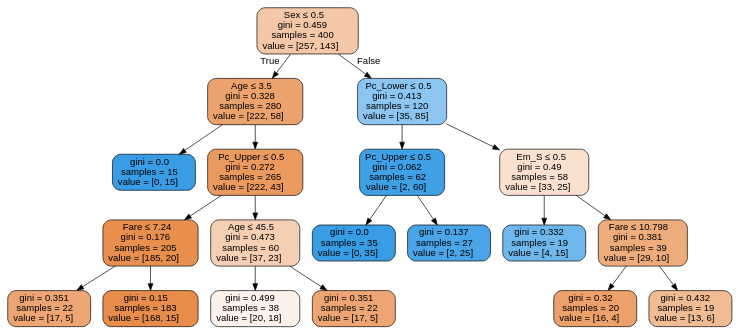
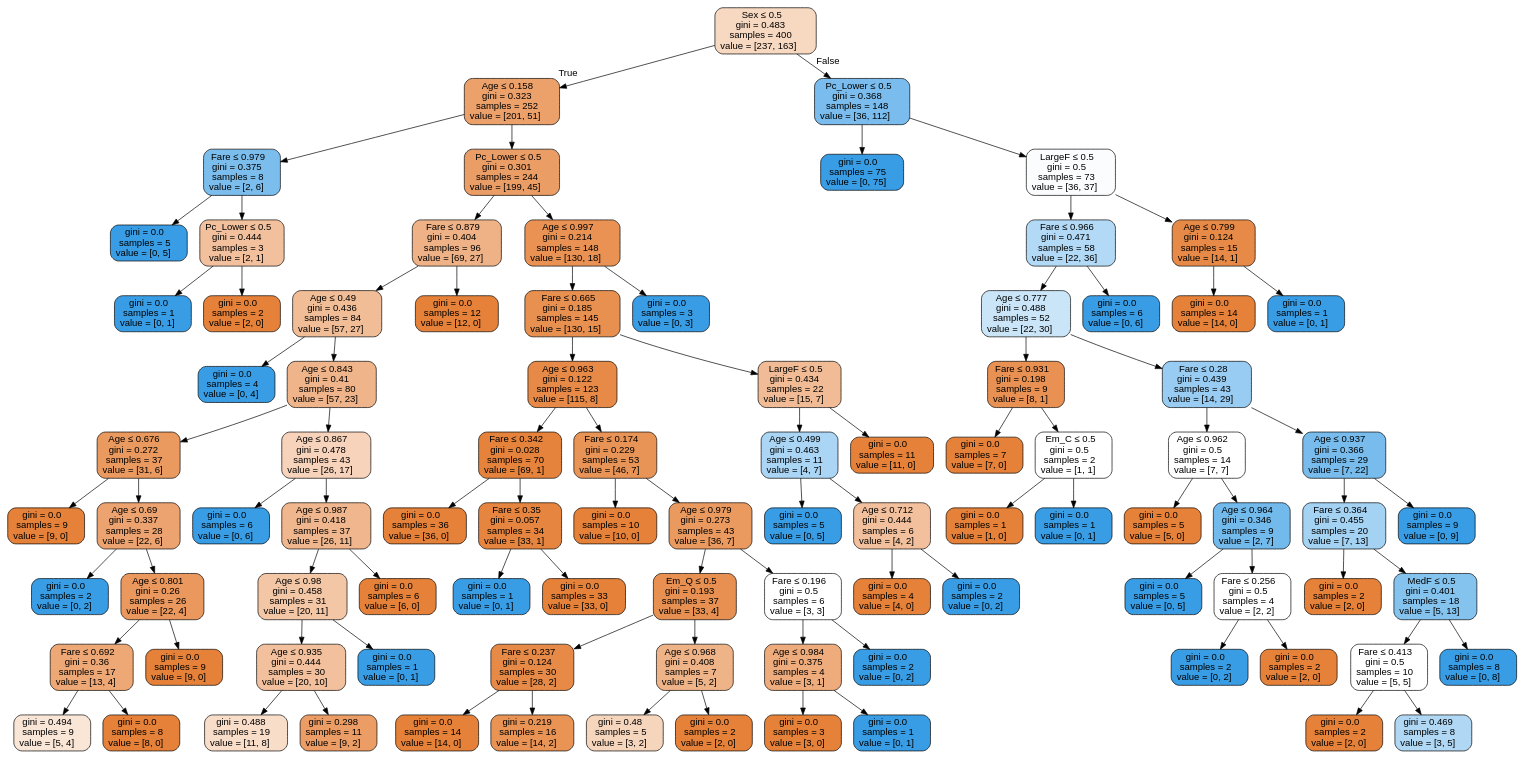
One commit to RebecaCarrera/StatisticalLearningI2020 changed the diagram in Proyecto/modelos/modelo_arbol.dot. Above: the diagram before and after it, drawn with Graphviz. The commit also changed 17 other files, not shown here.

```diff
--- a/Proyecto/modelos/modelo_arbol.dot
+++ b/Proyecto/modelos/modelo_arbol.dot
@@ -1,41 +1,189 @@
 digraph Tree {
 node [shape=box, style="filled, rounded", color="black", fontname=helvetica] ;
 edge [fontname=helvetica] ;
-0 [label=<Sex &le; 0.5<br/>gini = 0.459<br/>samples = 400<br/>value = [257, 143]>, fillcolor="#f3c7a7"] ;
-1 [label=<Age &le; 3.5<br/>gini = 0.328<br/>samples = 280<br/>value = [222, 58]>, fillcolor="#eca26d"] ;
+0 [label=<Sex &le; 0.5<br/>gini = 0.483<br/>samples = 400<br/>value = [237, 163]>, fillcolor="#f7d8c1"] ;
+1 [label=<Age &le; 0.158<br/>gini = 0.323<br/>samples = 252<br/>value = [201, 51]>, fillcolor="#eca16b"] ;
 0 -> 1 [labeldistance=2.5, labelangle=45, headlabel="True"] ;
-2 [label=<gini = 0.0<br/>samples = 15<br/>value = [0, 15]>, fillcolor="#399de5"] ;
+2 [label=<Fare &le; 0.979<br/>gini = 0.375<br/>samples = 8<br/>value = [2, 6]>, fillcolor="#7bbeee"] ;
 1 -> 2 ;
-3 [label=<Pc_Upper &le; 0.5<br/>gini = 0.272<br/>samples = 265<br/>value = [222, 43]>, fillcolor="#ea995f"] ;
-1 -> 3 ;
-4 [label=<Fare &le; 7.24<br/>gini = 0.176<br/>samples = 205<br/>value = [185, 20]>, fillcolor="#e88f4e"] ;
-3 -> 4 ;
-5 [label=<gini = 0.351<br/>samples = 22<br/>value = [17, 5]>, fillcolor="#eda673"] ;
+3 [label=<gini = 0.0<br/>samples = 5<br/>value = [0, 5]>, fillcolor="#399de5"] ;
+2 -> 3 ;
+4 [label=<Pc_Lower &le; 0.5<br/>gini = 0.444<br/>samples = 3<br/>value = [2, 1]>, fillcolor="#f2c09c"] ;
+2 -> 4 ;
+5 [label=<gini = 0.0<br/>samples = 1<br/>value = [0, 1]>, fillcolor="#399de5"] ;
 4 -> 5 ;
-6 [label=<gini = 0.15<br/>samples = 183<br/>value = [168, 15]>, fillcolor="#e78c4b"] ;
+6 [label=<gini = 0.0<br/>samples = 2<br/>value = [2, 0]>, fillcolor="#e58139"] ;
 4 -> 6 ;
-7 [label=<Age &le; 45.5<br/>gini = 0.473<br/>samples = 60<br/>value = [37, 23]>, fillcolor="#f5cfb4"] ;
-3 -> 7 ;
-8 [label=<gini = 0.499<br/>samples = 38<br/>value = [20, 18]>, fillcolor="#fcf2eb"] ;
+7 [label=<Pc_Lower &le; 0.5<br/>gini = 0.301<br/>samples = 244<br/>value = [199, 45]>, fillcolor="#eb9d66"] ;
+1 -> 7 ;
+8 [label=<Fare &le; 0.879<br/>gini = 0.404<br/>samples = 96<br/>value = [69, 27]>, fillcolor="#efb286"] ;
 7 -> 8 ;
-9 [label=<gini = 0.351<br/>samples = 22<br/>value = [17, 5]>, fillcolor="#eda673"] ;
-7 -> 9 ;
-10 [label=<Pc_Lower &le; 0.5<br/>gini = 0.413<br/>samples = 120<br/>value = [35, 85]>, fillcolor="#8bc5f0"] ;
-0 -> 10 [labeldistance=2.5, labelangle=-45, headlabel="False"] ;
-11 [label=<Pc_Upper &le; 0.5<br/>gini = 0.062<br/>samples = 62<br/>value = [2, 60]>, fillcolor="#40a0e6"] ;
-10 -> 11 ;
-12 [label=<gini = 0.0<br/>samples = 35<br/>value = [0, 35]>, fillcolor="#399de5"] ;
+9 [label=<Age &le; 0.49<br/>gini = 0.436<br/>samples = 84<br/>value = [57, 27]>, fillcolor="#f1bd97"] ;
+8 -> 9 ;
+10 [label=<gini = 0.0<br/>samples = 4<br/>value = [0, 4]>, fillcolor="#399de5"] ;
+9 -> 10 ;
+11 [label=<Age &le; 0.843<br/>gini = 0.41<br/>samples = 80<br/>value = [57, 23]>, fillcolor="#efb489"] ;
+9 -> 11 ;
+12 [label=<Age &le; 0.676<br/>gini = 0.272<br/>samples = 37<br/>value = [31, 6]>, fillcolor="#ea995f"] ;
 11 -> 12 ;
-13 [label=<gini = 0.137<br/>samples = 27<br/>value = [2, 25]>, fillcolor="#49a5e7"] ;
-11 -> 13 ;
-14 [label=<Em_S &le; 0.5<br/>gini = 0.49<br/>samples = 58<br/>value = [33, 25]>, fillcolor="#f9e0cf"] ;
-10 -> 14 ;
-15 [label=<gini = 0.332<br/>samples = 19<br/>value = [4, 15]>, fillcolor="#6eb7ec"] ;
+13 [label=<gini = 0.0<br/>samples = 9<br/>value = [9, 0]>, fillcolor="#e58139"] ;
+12 -> 13 ;
+14 [label=<Age &le; 0.69<br/>gini = 0.337<br/>samples = 28<br/>value = [22, 6]>, fillcolor="#eca36f"] ;
+12 -> 14 ;
+15 [label=<gini = 0.0<br/>samples = 2<br/>value = [0, 2]>, fillcolor="#399de5"] ;
 14 -> 15 ;
-16 [label=<Fare &le; 10.798<br/>gini = 0.381<br/>samples = 39<br/>value = [29, 10]>, fillcolor="#eeac7d"] ;
+16 [label=<Age &le; 0.801<br/>gini = 0.26<br/>samples = 26<br/>value = [22, 4]>, fillcolor="#ea985d"] ;
 14 -> 16 ;
-17 [label=<gini = 0.32<br/>samples = 20<br/>value = [16, 4]>, fillcolor="#eca06a"] ;
+17 [label=<Fare &le; 0.692<br/>gini = 0.36<br/>samples = 17<br/>value = [13, 4]>, fillcolor="#eda876"] ;
 16 -> 17 ;
-18 [label=<gini = 0.432<br/>samples = 19<br/>value = [13, 6]>, fillcolor="#f1bb94"] ;
-16 -> 18 ;
+18 [label=<gini = 0.494<br/>samples = 9<br/>value = [5, 4]>, fillcolor="#fae6d7"] ;
+17 -> 18 ;
+19 [label=<gini = 0.0<br/>samples = 8<br/>value = [8, 0]>, fillcolor="#e58139"] ;
+17 -> 19 ;
+20 [label=<gini = 0.0<br/>samples = 9<br/>value = [9, 0]>, fillcolor="#e58139"] ;
+16 -> 20 ;
+21 [label=<Age &le; 0.867<br/>gini = 0.478<br/>samples = 43<br/>value = [26, 17]>, fillcolor="#f6d3ba"] ;
+11 -> 21 ;
+22 [label=<gini = 0.0<br/>samples = 6<br/>value = [0, 6]>, fillcolor="#399de5"] ;
+21 -> 22 ;
+23 [label=<Age &le; 0.987<br/>gini = 0.418<br/>samples = 37<br/>value = [26, 11]>, fillcolor="#f0b68d"] ;
+21 -> 23 ;
+24 [label=<Age &le; 0.98<br/>gini = 0.458<br/>samples = 31<br/>value = [20, 11]>, fillcolor="#f3c6a6"] ;
+23 -> 24 ;
+25 [label=<Age &le; 0.935<br/>gini = 0.444<br/>samples = 30<br/>value = [20, 10]>, fillcolor="#f2c09c"] ;
+24 -> 25 ;
+26 [label=<gini = 0.488<br/>samples = 19<br/>value = [11, 8]>, fillcolor="#f8ddc9"] ;
+25 -> 26 ;
+27 [label=<gini = 0.298<br/>samples = 11<br/>value = [9, 2]>, fillcolor="#eb9d65"] ;
+25 -> 27 ;
+28 [label=<gini = 0.0<br/>samples = 1<br/>value = [0, 1]>, fillcolor="#399de5"] ;
+24 -> 28 ;
+29 [label=<gini = 0.0<br/>samples = 6<br/>value = [6, 0]>, fillcolor="#e58139"] ;
+23 -> 29 ;
+30 [label=<gini = 0.0<br/>samples = 12<br/>value = [12, 0]>, fillcolor="#e58139"] ;
+8 -> 30 ;
+31 [label=<Age &le; 0.997<br/>gini = 0.214<br/>samples = 148<br/>value = [130, 18]>, fillcolor="#e99254"] ;
+7 -> 31 ;
+32 [label=<Fare &le; 0.665<br/>gini = 0.185<br/>samples = 145<br/>value = [130, 15]>, fillcolor="#e89050"] ;
+31 -> 32 ;
+33 [label=<Age &le; 0.963<br/>gini = 0.122<br/>samples = 123<br/>value = [115, 8]>, fillcolor="#e78a47"] ;
+32 -> 33 ;
+34 [label=<Fare &le; 0.342<br/>gini = 0.028<br/>samples = 70<br/>value = [69, 1]>, fillcolor="#e5833c"] ;
+33 -> 34 ;
+35 [label=<gini = 0.0<br/>samples = 36<br/>value = [36, 0]>, fillcolor="#e58139"] ;
+34 -> 35 ;
+36 [label=<Fare &le; 0.35<br/>gini = 0.057<br/>samples = 34<br/>value = [33, 1]>, fillcolor="#e6853f"] ;
+34 -> 36 ;
+37 [label=<gini = 0.0<br/>samples = 1<br/>value = [0, 1]>, fillcolor="#399de5"] ;
+36 -> 37 ;
+38 [label=<gini = 0.0<br/>samples = 33<br/>value = [33, 0]>, fillcolor="#e58139"] ;
+36 -> 38 ;
+39 [label=<Fare &le; 0.174<br/>gini = 0.229<br/>samples = 53<br/>value = [46, 7]>, fillcolor="#e99457"] ;
+33 -> 39 ;
+40 [label=<gini = 0.0<br/>samples = 10<br/>value = [10, 0]>, fillcolor="#e58139"] ;
+39 -> 40 ;
+41 [label=<Age &le; 0.979<br/>gini = 0.273<br/>samples = 43<br/>value = [36, 7]>, fillcolor="#ea9a5f"] ;
+39 -> 41 ;
+42 [label=<Em_Q &le; 0.5<br/>gini = 0.193<br/>samples = 37<br/>value = [33, 4]>, fillcolor="#e89051"] ;
+41 -> 42 ;
+43 [label=<Fare &le; 0.237<br/>gini = 0.124<br/>samples = 30<br/>value = [28, 2]>, fillcolor="#e78a47"] ;
+42 -> 43 ;
+44 [label=<gini = 0.0<br/>samples = 14<br/>value = [14, 0]>, fillcolor="#e58139"] ;
+43 -> 44 ;
+45 [label=<gini = 0.219<br/>samples = 16<br/>value = [14, 2]>, fillcolor="#e99355"] ;
+43 -> 45 ;
+46 [label=<Age &le; 0.968<br/>gini = 0.408<br/>samples = 7<br/>value = [5, 2]>, fillcolor="#efb388"] ;
+42 -> 46 ;
+47 [label=<gini = 0.48<br/>samples = 5<br/>value = [3, 2]>, fillcolor="#f6d5bd"] ;
+46 -> 47 ;
+48 [label=<gini = 0.0<br/>samples = 2<br/>value = [2, 0]>, fillcolor="#e58139"] ;
+46 -> 48 ;
+49 [label=<Fare &le; 0.196<br/>gini = 0.5<br/>samples = 6<br/>value = [3, 3]>, fillcolor="#ffffff"] ;
+41 -> 49 ;
+50 [label=<Age &le; 0.984<br/>gini = 0.375<br/>samples = 4<br/>value = [3, 1]>, fillcolor="#eeab7b"] ;
+49 -> 50 ;
+51 [label=<gini = 0.0<br/>samples = 3<br/>value = [3, 0]>, fillcolor="#e58139"] ;
+50 -> 51 ;
+52 [label=<gini = 0.0<br/>samples = 1<br/>value = [0, 1]>, fillcolor="#399de5"] ;
+50 -> 52 ;
+53 [label=<gini = 0.0<br/>samples = 2<br/>value = [0, 2]>, fillcolor="#399de5"] ;
+49 -> 53 ;
+54 [label=<LargeF &le; 0.5<br/>gini = 0.434<br/>samples = 22<br/>value = [15, 7]>, fillcolor="#f1bc95"] ;
+32 -> 54 ;
+55 [label=<Age &le; 0.499<br/>gini = 0.463<br/>samples = 11<br/>value = [4, 7]>, fillcolor="#aad5f4"] ;
+54 -> 55 ;
+56 [label=<gini = 0.0<br/>samples = 5<br/>value = [0, 5]>, fillcolor="#399de5"] ;
+55 -> 56 ;
+57 [label=<Age &le; 0.712<br/>gini = 0.444<br/>samples = 6<br/>value = [4, 2]>, fillcolor="#f2c09c"] ;
+55 -> 57 ;
+58 [label=<gini = 0.0<br/>samples = 4<br/>value = [4, 0]>, fillcolor="#e58139"] ;
+57 -> 58 ;
+59 [label=<gini = 0.0<br/>samples = 2<br/>value = [0, 2]>, fillcolor="#399de5"] ;
+57 -> 59 ;
+60 [label=<gini = 0.0<br/>samples = 11<br/>value = [11, 0]>, fillcolor="#e58139"] ;
+54 -> 60 ;
+61 [label=<gini = 0.0<br/>samples = 3<br/>value = [0, 3]>, fillcolor="#399de5"] ;
+31 -> 61 ;
+62 [label=<Pc_Lower &le; 0.5<br/>gini = 0.368<br/>samples = 148<br/>value = [36, 112]>, fillcolor="#79bced"] ;
+0 -> 62 [labeldistance=2.5, labelangle=-45, headlabel="False"] ;
+63 [label=<gini = 0.0<br/>samples = 75<br/>value = [0, 75]>, fillcolor="#399de5"] ;
+62 -> 63 ;
+64 [label=<LargeF &le; 0.5<br/>gini = 0.5<br/>samples = 73<br/>value = [36, 37]>, fillcolor="#fafcfe"] ;
+62 -> 64 ;
+65 [label=<Fare &le; 0.966<br/>gini = 0.471<br/>samples = 58<br/>value = [22, 36]>, fillcolor="#b2d9f5"] ;
+64 -> 65 ;
+66 [label=<Age &le; 0.777<br/>gini = 0.488<br/>samples = 52<br/>value = [22, 30]>, fillcolor="#cae5f8"] ;
+65 -> 66 ;
+67 [label=<Fare &le; 0.931<br/>gini = 0.198<br/>samples = 9<br/>value = [8, 1]>, fillcolor="#e89152"] ;
+66 -> 67 ;
+68 [label=<gini = 0.0<br/>samples = 7<br/>value = [7, 0]>, fillcolor="#e58139"] ;
+67 -> 68 ;
+69 [label=<Em_C &le; 0.5<br/>gini = 0.5<br/>samples = 2<br/>value = [1, 1]>, fillcolor="#ffffff"] ;
+67 -> 69 ;
+70 [label=<gini = 0.0<br/>samples = 1<br/>value = [1, 0]>, fillcolor="#e58139"] ;
+69 -> 70 ;
+71 [label=<gini = 0.0<br/>samples = 1<br/>value = [0, 1]>, fillcolor="#399de5"] ;
+69 -> 71 ;
+72 [label=<Fare &le; 0.28<br/>gini = 0.439<br/>samples = 43<br/>value = [14, 29]>, fillcolor="#99ccf2"] ;
+66 -> 72 ;
+73 [label=<Age &le; 0.962<br/>gini = 0.5<br/>samples = 14<br/>value = [7, 7]>, fillcolor="#ffffff"] ;
+72 -> 73 ;
+74 [label=<gini = 0.0<br/>samples = 5<br/>value = [5, 0]>, fillcolor="#e58139"] ;
+73 -> 74 ;
+75 [label=<Age &le; 0.964<br/>gini = 0.346<br/>samples = 9<br/>value = [2, 7]>, fillcolor="#72b9ec"] ;
+73 -> 75 ;
+76 [label=<gini = 0.0<br/>samples = 5<br/>value = [0, 5]>, fillcolor="#399de5"] ;
+75 -> 76 ;
+77 [label=<Fare &le; 0.256<br/>gini = 0.5<br/>samples = 4<br/>value = [2, 2]>, fillcolor="#ffffff"] ;
+75 -> 77 ;
+78 [label=<gini = 0.0<br/>samples = 2<br/>value = [0, 2]>, fillcolor="#399de5"] ;
+77 -> 78 ;
+79 [label=<gini = 0.0<br/>samples = 2<br/>value = [2, 0]>, fillcolor="#e58139"] ;
+77 -> 79 ;
+80 [label=<Age &le; 0.937<br/>gini = 0.366<br/>samples = 29<br/>value = [7, 22]>, fillcolor="#78bced"] ;
+72 -> 80 ;
+81 [label=<Fare &le; 0.364<br/>gini = 0.455<br/>samples = 20<br/>value = [7, 13]>, fillcolor="#a4d2f3"] ;
+80 -> 81 ;
+82 [label=<gini = 0.0<br/>samples = 2<br/>value = [2, 0]>, fillcolor="#e58139"] ;
+81 -> 82 ;
+83 [label=<MedF &le; 0.5<br/>gini = 0.401<br/>samples = 18<br/>value = [5, 13]>, fillcolor="#85c3ef"] ;
+81 -> 83 ;
+84 [label=<Fare &le; 0.413<br/>gini = 0.5<br/>samples = 10<br/>value = [5, 5]>, fillcolor="#ffffff"] ;
+83 -> 84 ;
+85 [label=<gini = 0.0<br/>samples = 2<br/>value = [2, 0]>, fillcolor="#e58139"] ;
+84 -> 85 ;
+86 [label=<gini = 0.469<br/>samples = 8<br/>value = [3, 5]>, fillcolor="#b0d8f5"] ;
+84 -> 86 ;
+87 [label=<gini = 0.0<br/>samples = 8<br/>value = [0, 8]>, fillcolor="#399de5"] ;
+83 -> 87 ;
+88 [label=<gini = 0.0<br/>samples = 9<br/>value = [0, 9]>, fillcolor="#399de5"] ;
+80 -> 88 ;
+89 [label=<gini = 0.0<br/>samples = 6<br/>value = [0, 6]>, fillcolor="#399de5"] ;
+65 -> 89 ;
+90 [label=<Age &le; 0.799<br/>gini = 0.124<br/>samples = 15<br/>value = [14, 1]>, fillcolor="#e78a47"] ;
+64 -> 90 ;
+91 [label=<gini = 0.0<br/>samples = 14<br/>value = [14, 0]>, fillcolor="#e58139"] ;
+90 -> 91 ;
+92 [label=<gini = 0.0<br/>samples = 1<br/>value = [0, 1]>, fillcolor="#399de5"] ;
+90 -> 92 ;
 }
```
